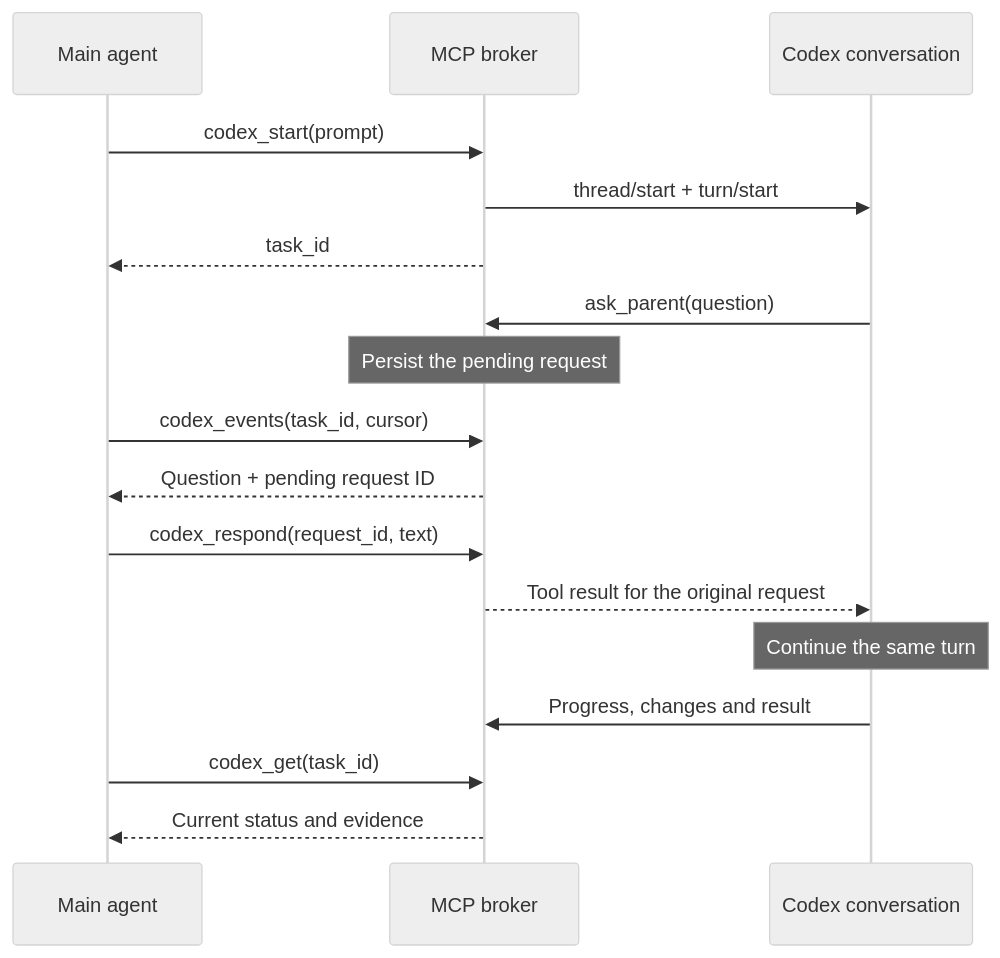
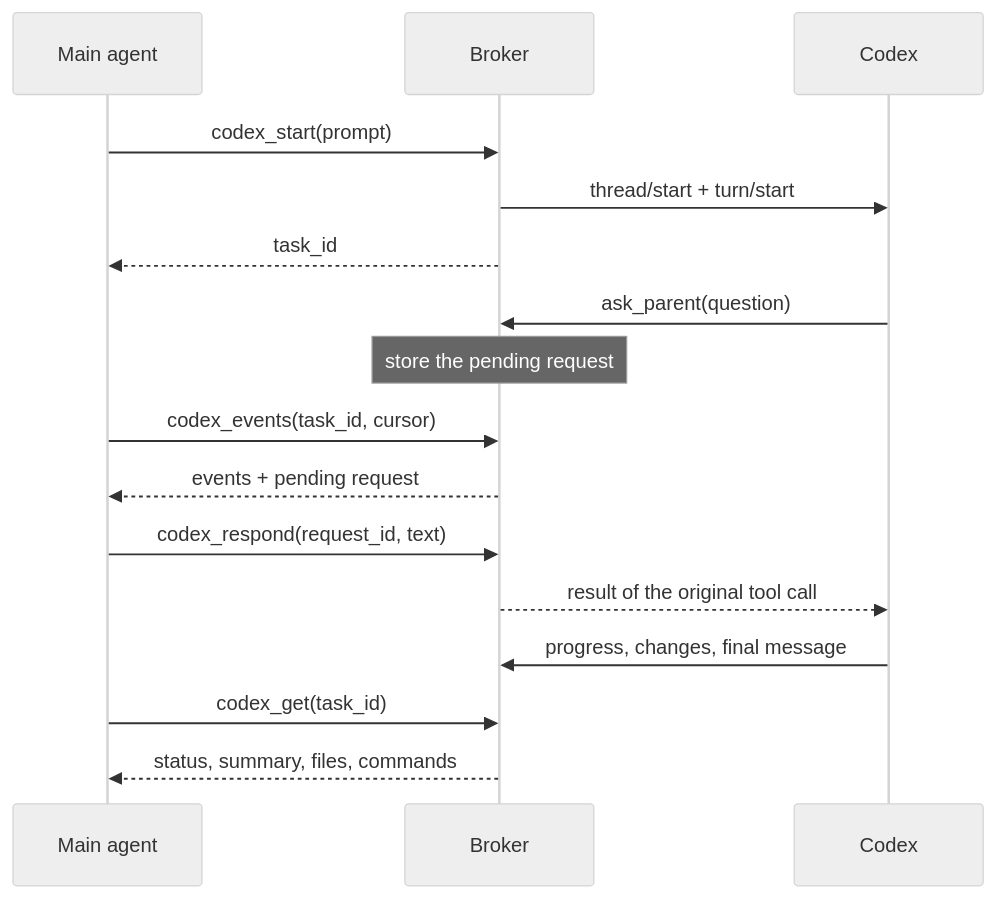
One commit to houyhlouis/codex-mcp changed the diagram in docs/architecture.md. Above: the diagram before and after it, drawn with Mermaid (neutral theme). The commit also changed other lines of this file and 56 other files, not shown here.

````diff
--- a/docs/architecture.md
+++ b/docs/architecture.md
@@ -24,19 +49,18 @@
 ```mermaid
 sequenceDiagram
     participant Main as Main agent
-    participant Bridge as MCP broker
-    participant Codex as Codex conversation
+    participant Bridge as Broker
+    participant Codex as Codex
     Main->>Bridge: codex_start(prompt)
     Bridge->>Codex: thread/start + turn/start
     Bridge-->>Main: task_id
     Codex->>Bridge: ask_parent(question)
-    Note over Bridge: Persist the pending request
+    Note over Bridge: store the pending request
     Main->>Bridge: codex_events(task_id, cursor)
-    Bridge-->>Main: Question + pending request ID
+    Bridge-->>Main: events + pending request
     Main->>Bridge: codex_respond(request_id, text)
-    Bridge-->>Codex: Tool result for the original request
-    Note over Codex: Continue the same turn
-    Codex->>Bridge: Progress, changes and result
+    Bridge-->>Codex: result of the original tool call
+    Codex->>Bridge: progress, changes, final message
     Main->>Bridge: codex_get(task_id)
-    Bridge-->>Main: Current status and evidence
+    Bridge-->>Main: status, summary, files, commands
 ```
````
